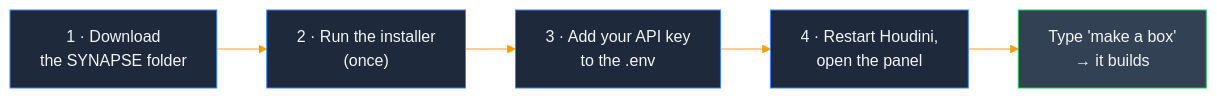
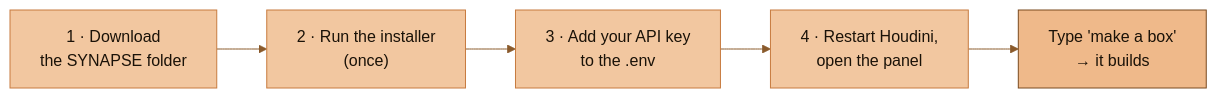
Before and after one commit to JosephOIbrahim/Synapse: the sixth of 7 diagrams in README.md, drawn with Mermaid. The commit also changed other lines of this file, not shown here.

First line of the commit message:
docs(readme): ADHD-friendly pass + warm mermaid re-theme

````diff
--- a/README.md
+++ b/README.md
@@ -230,10 +249,10 @@
 ```mermaid
-%%{init: {'theme':'base', 'themeVariables': {'primaryColor':'#1e293b','primaryTextColor':'#f1f5f9','primaryBorderColor':'#0f172a','lineColor':'#f59e0b','secondaryColor':'#334155','tertiaryColor':'#475569'}}}%%
+%%{init: {'theme':'base', 'themeVariables': {'primaryColor':'#F2C7A0','primaryTextColor':'#1A1208','primaryBorderColor':'#C77B3F','lineColor':'#8A5A2B','secondaryColor':'#F7DDC2','tertiaryColor':'#FBEBD9','edgeLabelBackground':'#F7DDC2','clusterBkg':'#FBEBD9','clusterBorder':'#C77B3F'}}}%%
 flowchart LR
     DL["1 · Download<br/>the SYNAPSE folder"]:::step --> REG["2 · Run the installer<br/>(once)"]:::step
     REG --> KEY["3 · Add your API key<br/>to the .env"]:::step
     KEY --> OPEN["4 · Restart Houdini,<br/>open the panel"]:::step
     OPEN --> CHAT["Type 'make a box'<br/>→ it builds"]:::done
-    classDef step fill:#1e293b,stroke:#3b82f6,color:#f1f5f9
-    classDef done fill:#334155,stroke:#22c55e,color:#f1f5f9
+    classDef step fill:#F2C7A0,stroke:#C77B3F,color:#1A1208
+    classDef done fill:#EFB98A,stroke:#7A4A1F,color:#1A1208
 ```
````
